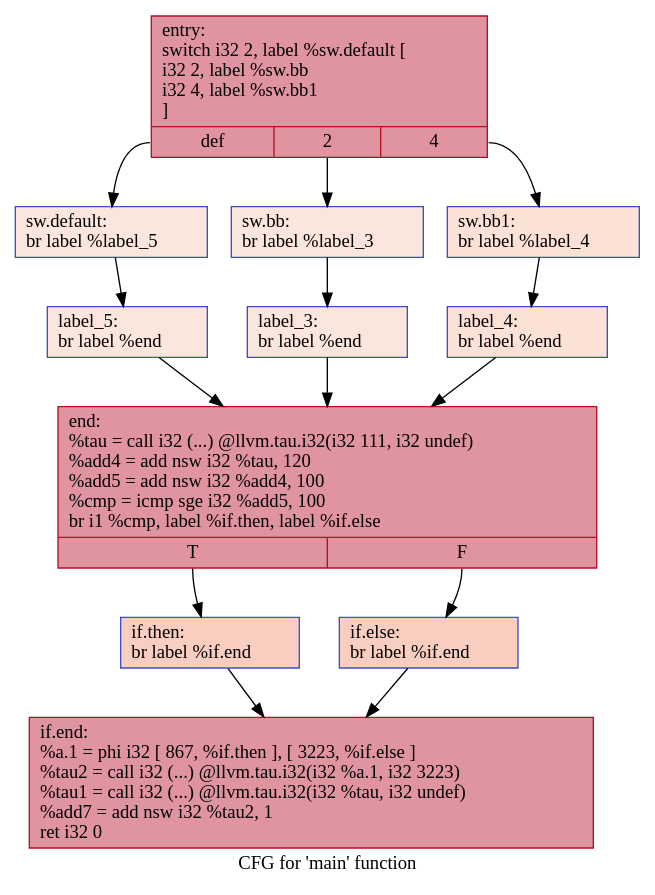
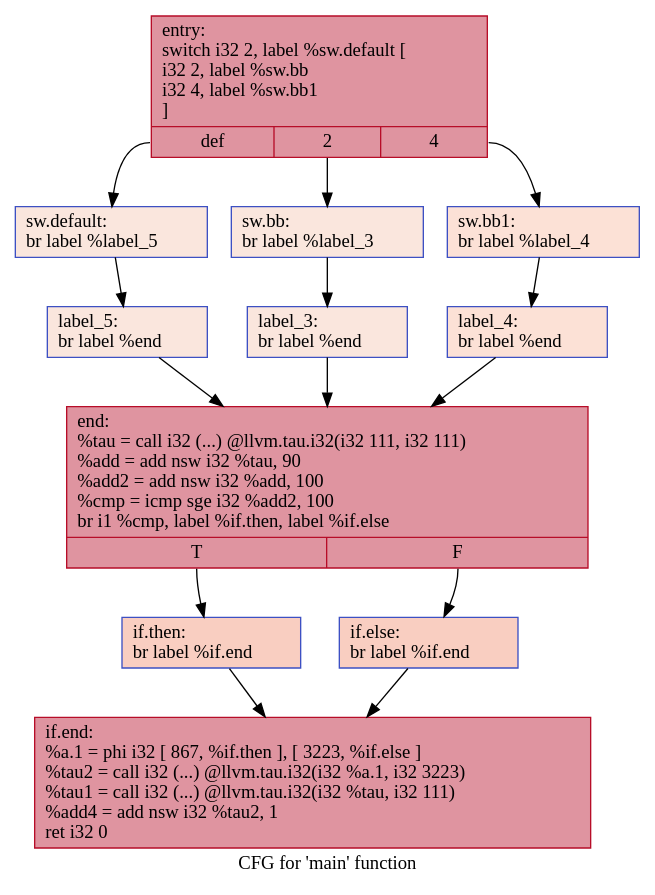
Before and after one commit to HPSSA-LLVM/HPSSA-LLVM: the diagram in IR/cfg/SCCP_HPSSA.dot, drawn with Graphviz. The commit also changed 36 other files, not shown here.

```diff
--- a/IR/cfg/SCCP_HPSSA.dot
+++ b/IR/cfg/SCCP_HPSSA.dot
@@ -1,28 +1,28 @@
 digraph "CFG for 'main' function" {
 	label="CFG for 'main' function";
 
-	Node0x55c48c6248d0 [shape=record,color="#b70d28ff", style=filled, fillcolor="#b70d2870",label="{entry:\l  switch i32 2, label %sw.default [\l    i32 2, label %sw.bb\l    i32 4, label %sw.bb1\l  ]\l|{<s0>def|<s1>2|<s2>4}}"];
-	Node0x55c48c6248d0:s0 -> Node0x55c48c624a00;
-	Node0x55c48c6248d0:s1 -> Node0x55c48c624a80;
-	Node0x55c48c6248d0:s2 -> Node0x55c48c624b20;
-	Node0x55c48c624a80 [shape=record,color="#3d50c3ff", style=filled, fillcolor="#f3c7b170",label="{sw.bb:                                            \l  br label %label_3\l}"];
-	Node0x55c48c624a80 -> Node0x55c48c624cb0;
-	Node0x55c48c624b20 [shape=record,color="#3d50c3ff", style=filled, fillcolor="#f7bca170",label="{sw.bb1:                                           \l  br label %label_4\l}"];
-	Node0x55c48c624b20 -> Node0x55c48c624d90;
-	Node0x55c48c624a00 [shape=record,color="#3d50c3ff", style=filled, fillcolor="#f3c7b170",label="{sw.default:                                       \l  br label %label_5\l}"];
-	Node0x55c48c624a00 -> Node0x55c48c624e70;
-	Node0x55c48c624cb0 [shape=record,color="#3d50c3ff", style=filled, fillcolor="#f3c7b170",label="{label_3:                                          \l  br label %end\l}"];
-	Node0x55c48c624cb0 -> Node0x55c48c624f50;
-	Node0x55c48c624d90 [shape=record,color="#3d50c3ff", style=filled, fillcolor="#f7bca170",label="{label_4:                                          \l  br label %end\l}"];
-	Node0x55c48c624d90 -> Node0x55c48c624f50;
-	Node0x55c48c624e70 [shape=record,color="#3d50c3ff", style=filled, fillcolor="#f3c7b170",label="{label_5:                                          \l  br label %end\l}"];
-	Node0x55c48c624e70 -> Node0x55c48c624f50;
-	Node0x55c48c624f50 [shape=record,color="#b70d28ff", style=filled, fillcolor="#b70d2870",label="{end:                                              \l  %tau = call i32 (...) @llvm.tau.i32(i32 111, i32 undef)\l  %add4 = add nsw i32 %tau, 120\l  %add5 = add nsw i32 %add4, 100\l  %cmp = icmp sge i32 %add5, 100\l  br i1 %cmp, label %if.then, label %if.else\l|{<s0>T|<s1>F}}"];
-	Node0x55c48c624f50:s0 -> Node0x55c48c6259d0;
-	Node0x55c48c624f50:s1 -> Node0x55c48c625be0;
-	Node0x55c48c6259d0 [shape=record,color="#3d50c3ff", style=filled, fillcolor="#f2907270",label="{if.then:                                          \l  br label %if.end\l}"];
-	Node0x55c48c6259d0 -> Node0x55c48c625d00;
-	Node0x55c48c625be0 [shape=record,color="#3d50c3ff", style=filled, fillcolor="#f2907270",label="{if.else:                                          \l  br label %if.end\l}"];
-	Node0x55c48c625be0 -> Node0x55c48c625d00;
-	Node0x55c48c625d00 [shape=record,color="#b70d28ff", style=filled, fillcolor="#b70d2870",label="{if.end:                                           \l  %a.1 = phi i32 [ 867, %if.then ], [ 3223, %if.else ]\l  %tau2 = call i32 (...) @llvm.tau.i32(i32 %a.1, i32 3223)\l  %tau1 = call i32 (...) @llvm.tau.i32(i32 %tau, i32 undef)\l  %add7 = add nsw i32 %tau2, 1\l  ret i32 0\l}"];
+	Node0x55d3906098d0 [shape=record,color="#b70d28ff", style=filled, fillcolor="#b70d2870",label="{entry:\l  switch i32 2, label %sw.default [\l    i32 2, label %sw.bb\l    i32 4, label %sw.bb1\l  ]\l|{<s0>def|<s1>2|<s2>4}}"];
+	Node0x55d3906098d0:s0 -> Node0x55d390609a00;
+	Node0x55d3906098d0:s1 -> Node0x55d390609a80;
+	Node0x55d3906098d0:s2 -> Node0x55d390609b20;
+	Node0x55d390609a80 [shape=record,color="#3d50c3ff", style=filled, fillcolor="#f3c7b170",label="{sw.bb:                                            \l  br label %label_3\l}"];
+	Node0x55d390609a80 -> Node0x55d390609cb0;
+	Node0x55d390609b20 [shape=record,color="#3d50c3ff", style=filled, fillcolor="#f7bca170",label="{sw.bb1:                                           \l  br label %label_4\l}"];
+	Node0x55d390609b20 -> Node0x55d390609d90;
+	Node0x55d390609a00 [shape=record,color="#3d50c3ff", style=filled, fillcolor="#f3c7b170",label="{sw.default:                                       \l  br label %label_5\l}"];
+	Node0x55d390609a00 -> Node0x55d390609e70;
+	Node0x55d390609cb0 [shape=record,color="#3d50c3ff", style=filled, fillcolor="#f3c7b170",label="{label_3:                                          \l  br label %end\l}"];
+	Node0x55d390609cb0 -> Node0x55d390609f50;
+	Node0x55d390609d90 [shape=record,color="#3d50c3ff", style=filled, fillcolor="#f7bca170",label="{label_4:                                          \l  br label %end\l}"];
+	Node0x55d390609d90 -> Node0x55d390609f50;
+	Node0x55d390609e70 [shape=record,color="#3d50c3ff", style=filled, fillcolor="#f3c7b170",label="{label_5:                                          \l  br label %end\l}"];
+	Node0x55d390609e70 -> Node0x55d390609f50;
+	Node0x55d390609f50 [shape=record,color="#b70d28ff", style=filled, fillcolor="#b70d2870",label="{end:                                              \l  %tau = call i32 (...) @llvm.tau.i32(i32 111, i32 111)\l  %add = add nsw i32 %tau, 90\l  %add2 = add nsw i32 %add, 100\l  %cmp = icmp sge i32 %add2, 100\l  br i1 %cmp, label %if.then, label %if.else\l|{<s0>T|<s1>F}}"];
+	Node0x55d390609f50:s0 -> Node0x55d39060a5a0;
+	Node0x55d390609f50:s1 -> Node0x55d39060a7b0;
+	Node0x55d39060a5a0 [shape=record,color="#3d50c3ff", style=filled, fillcolor="#f2907270",label="{if.then:                                          \l  br label %if.end\l}"];
+	Node0x55d39060a5a0 -> Node0x55d39060a8d0;
+	Node0x55d39060a7b0 [shape=record,color="#3d50c3ff", style=filled, fillcolor="#f2907270",label="{if.else:                                          \l  br label %if.end\l}"];
+	Node0x55d39060a7b0 -> Node0x55d39060a8d0;
+	Node0x55d39060a8d0 [shape=record,color="#b70d28ff", style=filled, fillcolor="#b70d2870",label="{if.end:                                           \l  %a.1 = phi i32 [ 867, %if.then ], [ 3223, %if.else ]\l  %tau2 = call i32 (...) @llvm.tau.i32(i32 %a.1, i32 3223)\l  %tau1 = call i32 (...) @llvm.tau.i32(i32 %tau, i32 111)\l  %add4 = add nsw i32 %tau2, 1\l  ret i32 0\l}"];
 }
```
